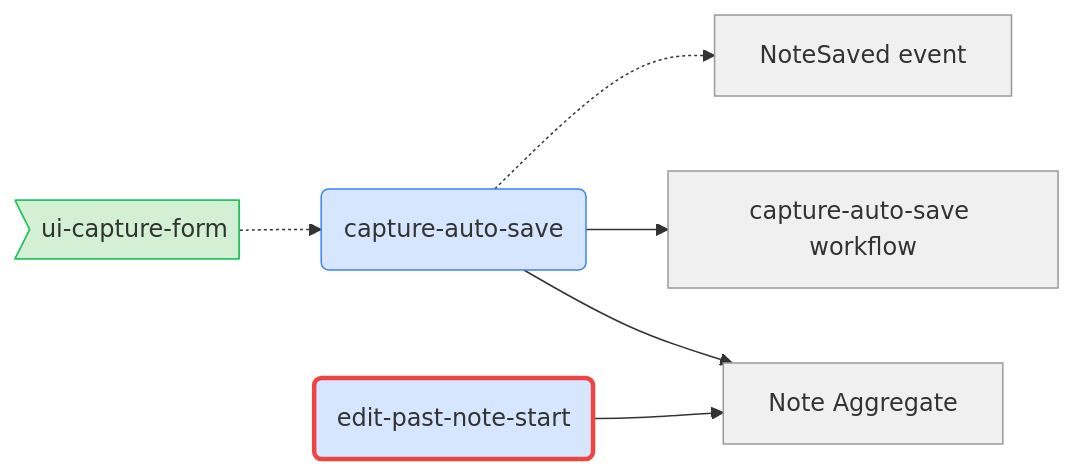
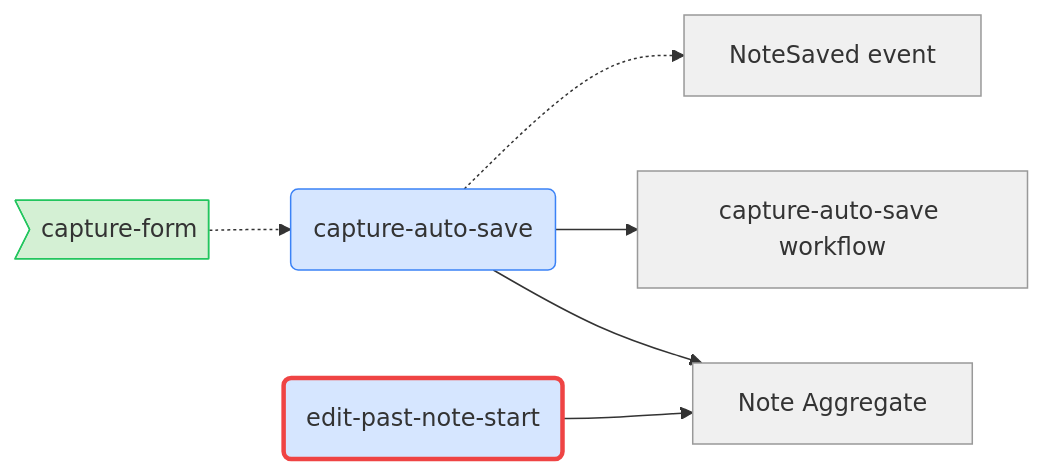
Before and after one commit to dev-komenzar/ori: the diagram in .apm/skills/ori-graph/SKILL.md, drawn with Mermaid. The commit also changed other lines of this file and 22 other files, not shown here.

First line of the commit message:
refactor(apm): context-aware feature → slice / page in .apm/skills/ (ori-9pa, Phase A2c)

````diff
--- a/.apm/skills/ori-graph/SKILL.md
+++ b/.apm/skills/ori-graph/SKILL.md
@@ -66,31 +66,31 @@
 ```mermaid
 graph LR
   %% Domain sections (gray)
   D1[Note Aggregate]:::domain
   D2[capture-auto-save workflow]:::domain
   D3[NoteSaved event]:::domain
 
-  %% Workflow features (blue)
-  W1(capture-auto-save):::workflow
-  W2(edit-past-note-start):::workflow
+  %% Slices (blue)
+  W1(capture-auto-save):::slice
+  W2(edit-past-note-start):::slice
 
-  %% UI features (green)
-  U1>ui-capture-form]:::ui
+  %% Pages (green)
+  U1>capture-form]:::page
 
   %% Edges
   W1 --> D1
   W1 --> D2
   W1 -.-> D3
   W2 --> D1
   U1 -.-> W1
 
   %% Dirty highlighting
   class W2 dirty
 
   %% Styles
   classDef domain fill:#f0f0f0,stroke:#999
-  classDef workflow fill:#d6e6ff,stroke:#3b82f6
-  classDef ui fill:#d4f0d4,stroke:#22c55e
+  classDef slice fill:#d6e6ff,stroke:#3b82f6
+  classDef page fill:#d4f0d4,stroke:#22c55e
   classDef dirty stroke:#ef4444,stroke-width:3px
   classDef orphan stroke:#eab308,stroke-dasharray:5
 ```
````
